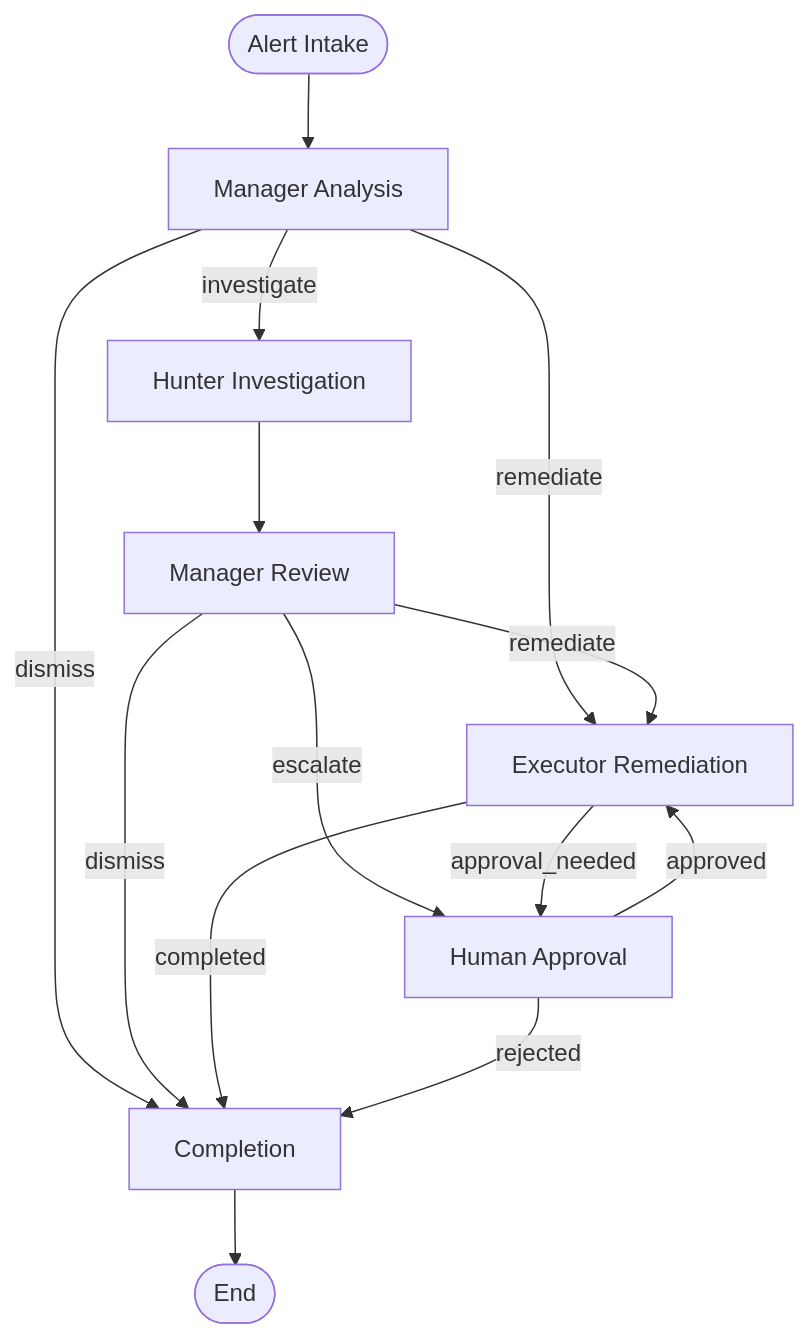
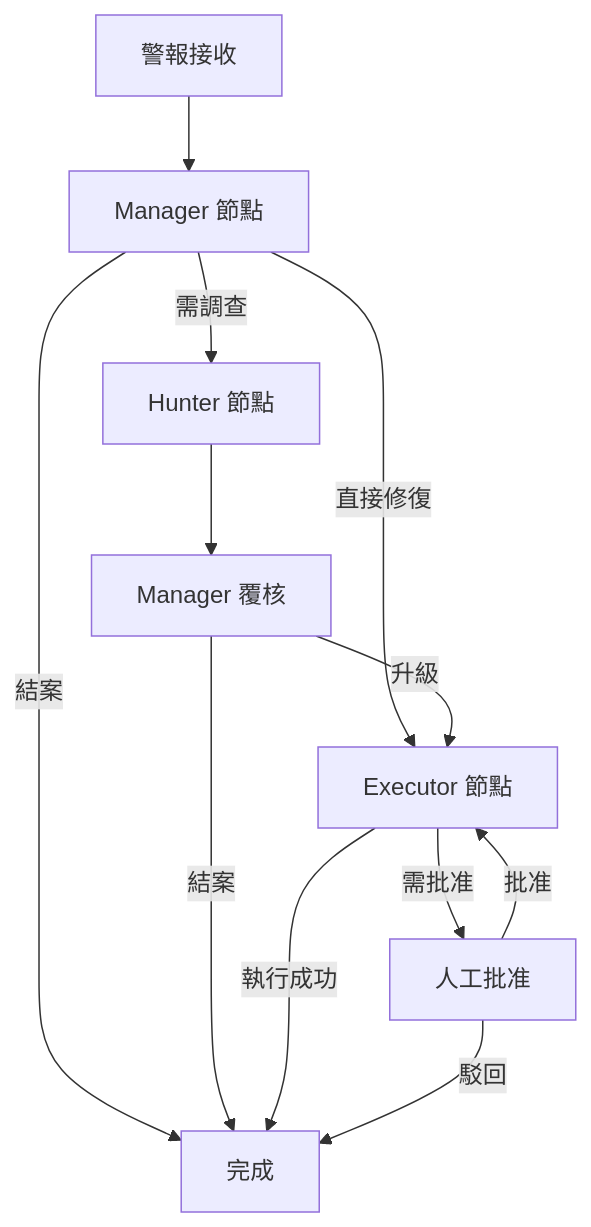
One commit to trionnemesis/wazuh_ai_agent changed the diagram in docs/architecture/LANGGRAPH_WORKFLOW.md. Above: the diagram before and after it, drawn with Mermaid. The commit also changed other lines of this file and 19 other files, not shown here.

````diff
--- a/docs/architecture/LANGGRAPH_WORKFLOW.md
+++ b/docs/architecture/LANGGRAPH_WORKFLOW.md
@@ -24,16 +21,14 @@
 ```mermaid
-graph TB
-    Start([Alert Intake]) --> Manager[Manager Analysis]
-    Manager -->|investigate| Hunter[Hunter Investigation]
-    Manager -->|remediate| Executor[Executor Remediation]
-    Manager -->|dismiss| Complete[Completion]
-    Hunter --> Review[Manager Review]
-    Review -->|remediate| Executor
-    Review -->|escalate| Human[Human Approval]
-    Review -->|dismiss| Complete
-    Executor -->|completed| Complete
-    Executor -->|approval_needed| Human
-    Human -->|approved| Executor
-    Human -->|rejected| Complete
-    Complete --> End([End])
+graph TD
+    A[警報接收] --> M[Manager 節點]
+    M -->|需調查| H[Hunter 節點]
+    M -->|直接修復| E[Executor 節點]
+    M -->|結案| C[完成]
+    H --> MR[Manager 覆核]
+    MR -->|升級| E
+    MR -->|結案| C
+    E -->|執行成功| C
+    E -->|需批准| HA[人工批准]
+    HA -->|批准| E
+    HA -->|駁回| C
 ```
````
